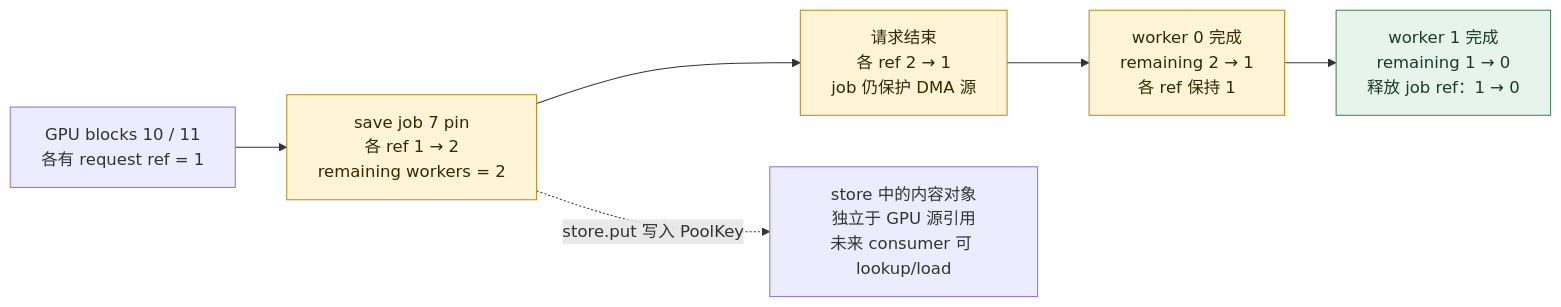
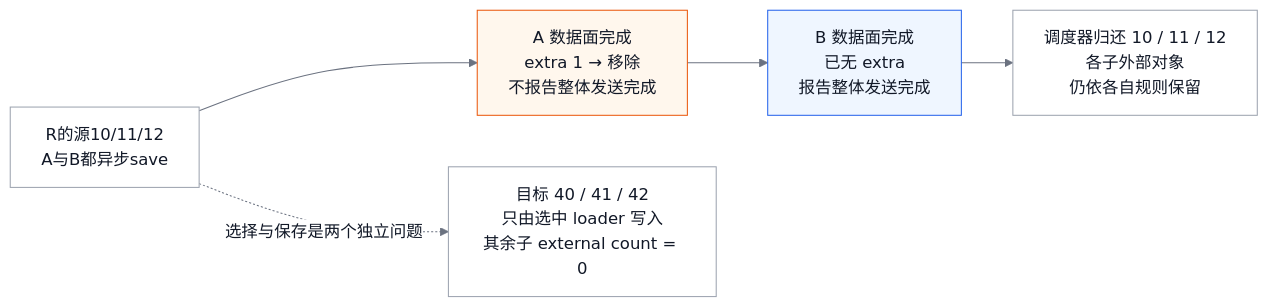
The tenth of 10 diagrams in wiki/02_engineering/03_infer_frameworks/vllm/22_vllm_disaggregated_kv_serving_analysis.md (suhaibo666/llm-knowledge), drawn with Mermaid before and after one commit. The commit also changed other lines of this file and 11 other files, not shown here.

````diff
--- a/wiki/02_engineering/03_infer_frameworks/vllm/22_vllm_disaggregated_kv_serving_analysis.md
+++ b/wiki/02_engineering/03_infer_frameworks/vllm/22_vllm_disaggregated_kv_serving_analysis.md
@@ -542,15 +640,17 @@
 ```mermaid
+%%{init: {"theme":"base","themeVariables":{"primaryColor":"#ffffff","primaryTextColor":"#111827","primaryBorderColor":"#9ca3af","secondaryColor":"#f9fafb","tertiaryColor":"#f9fafb","lineColor":"#6b7280","clusterBkg":"#f9fafb","clusterBorder":"#9ca3af","edgeLabelBackground":"#ffffff","actorBkg":"#ffffff","actorBorder":"#9ca3af","actorTextColor":"#111827","actorLineColor":"#9ca3af","signalColor":"#374151","signalTextColor":"#111827","noteBkgColor":"#fff7ed","noteBorderColor":"#ea580c","noteTextColor":"#111827","labelBoxBkgColor":"#f9fafb","labelBoxBorderColor":"#9ca3af","labelTextColor":"#111827","loopTextColor":"#111827"}}}%%
 flowchart LR
-  A["GPU blocks 10 / 11<br/>各有 request ref = 1"]
-  B["save job 7 pin<br/>各 ref 1 → 2<br/>remaining workers = 2"]
-  C["请求结束<br/>各 ref 2 → 1<br/>job 仍保护 DMA 源"]
-  D["worker 0 完成<br/>remaining 2 → 1<br/>各 ref 保持 1"]
-  E["worker 1 完成<br/>remaining 1 → 0<br/>释放 job ref：1 → 0"]
-  O["store 中的内容对象<br/>独立于 GPU 源引用<br/>未来 consumer 可 lookup/load"]
-  A --> B --> C --> D --> E
-  B -.->|store.put 写入 PoolKey| O
-  classDef held fill:#fff4d6,stroke:#ba8b21,color:#332800;
-  classDef free fill:#e7f4ec,stroke:#43815c,color:#193b27;
-  class B,C,D held;
-  class E free;
+  S["R的源10/11/12<br/>A与B都异步save"]
+  A["A 数据面完成<br/>extra 1 → 移除<br/>不报告整体发送完成"]
+  B["B 数据面完成<br/>已无 extra<br/>报告整体发送完成"]
+  F["调度器归还 10 / 11 / 12<br/>各子外部对象<br/>仍依各自规则保留"]
+  S --> A --> B --> F
+  L["目标 40 / 41 / 42<br/>只由选中 loader 写入<br/>其余子 external count = 0"]
+  S -.->|选择与保存是两个独立问题| L
+  classDef neutral fill:#fff,stroke:#9ca3af,color:#111827;
+  classDef acc1 fill:#eff6ff,stroke:#2563eb,color:#111827;
+  classDef acc2 fill:#fff7ed,stroke:#ea580c,color:#111827;
+  class S,F,L neutral;
+  class A acc2;
+  class B acc1;
 ```
````
